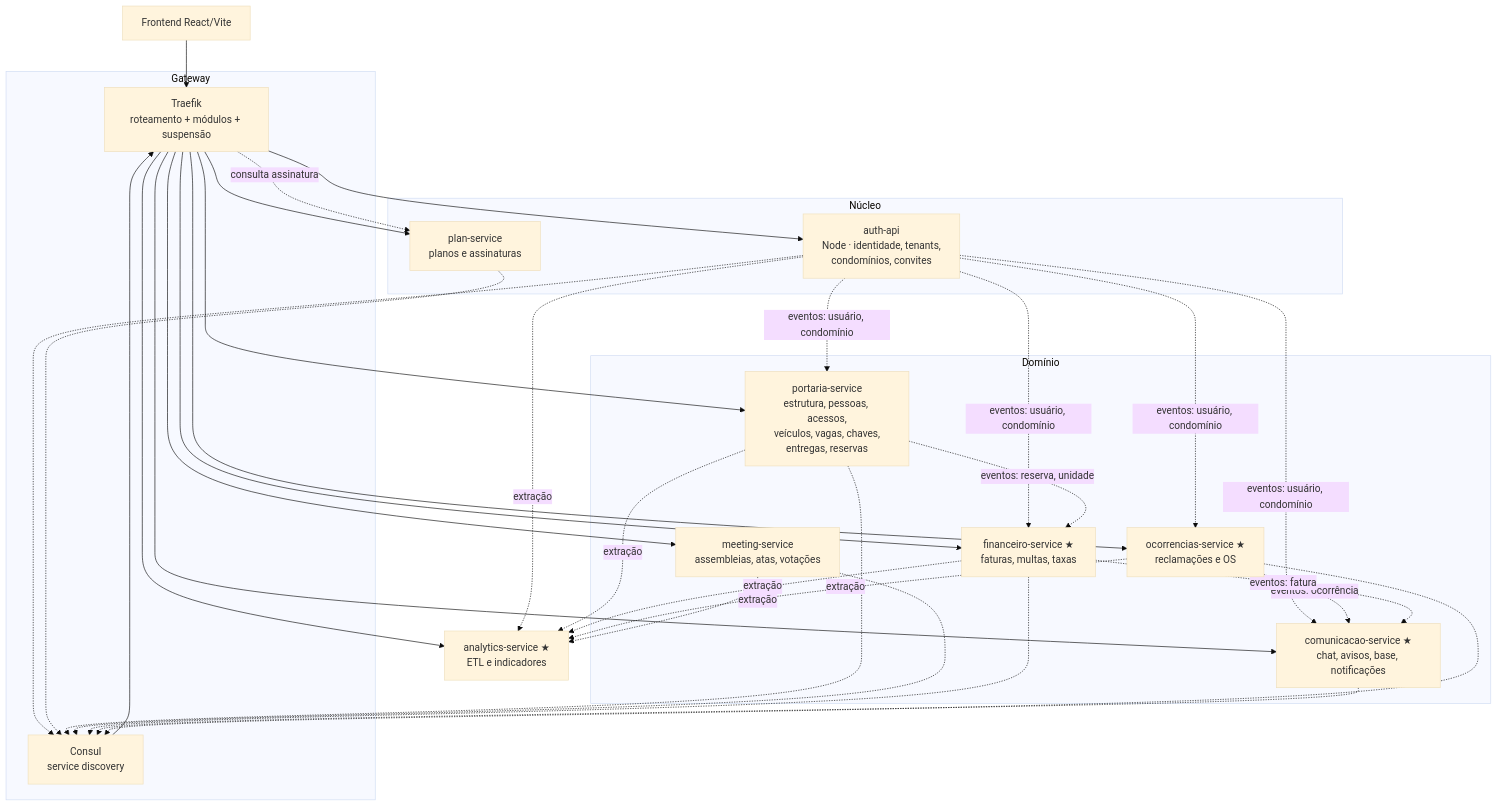
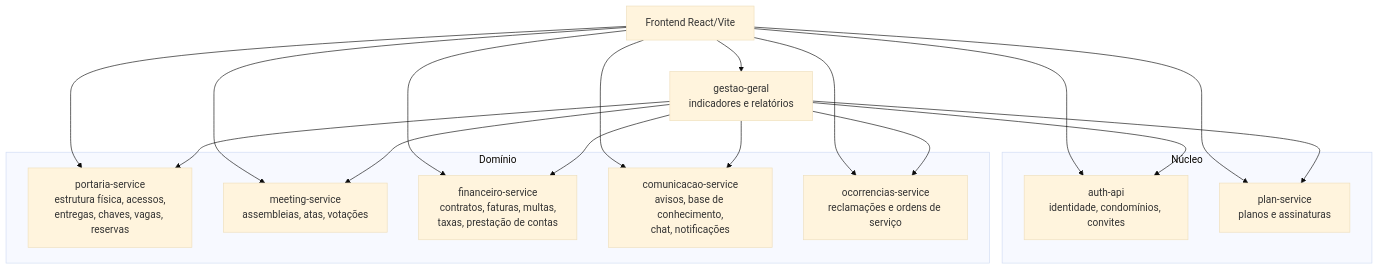
One commit to JuanServelo/Mora-Backend changed the fourth of 5 diagrams in docs/ESPECIFICACAO-PROJETO.md. Above: the diagram before and after it, drawn with Mermaid (base theme). The commit also changed other lines of this file and 15 other files, not shown here.

First line of the commit message:
docs: documentação por serviço, fluxos de usuário e adequação

````diff
--- a/docs/ESPECIFICACAO-PROJETO.md
+++ b/docs/ESPECIFICACAO-PROJETO.md
@@ -382,36 +307,22 @@
 ```mermaid
 graph TB
     FE["Frontend React/Vite"]
 
-    subgraph gw["Gateway"]
-        TR["Traefik<br/>roteamento + módulos + suspensão"]
-        CS["Consul<br/>service discovery"]
-    end
-
-    subgraph core["Núcleo"]
-        AUTH["auth-api<br/>Node · identidade, tenants,<br/>condomínios, convites"]
+    subgraph nucleo["Núcleo"]
+        AUTH["auth-api<br/>identidade, condomínios, convites"]
         PLAN["plan-service<br/>planos e assinaturas"]
     end
 
-    subgraph dom["Domínio"]
-        PORT["portaria-service<br/>estrutura, pessoas, acessos,<br/>veículos, vagas, chaves,<br/>entregas, reservas"]
+    subgraph dominio["Domínio"]
+        PORT["portaria-service<br/>estrutura física, acessos,<br/>entregas, chaves, vagas, reservas"]
         MEET["meeting-service<br/>assembleias, atas, votações"]
-        FIN["financeiro-service ★<br/>faturas, multas, taxas"]
-        COM["comunicacao-service ★<br/>chat, avisos, base, notificações"]
-        OCO["ocorrencias-service ★<br/>reclamações e OS"]
+        FIN["financeiro-service<br/>contratos, faturas, multas,<br/>taxas, prestação de contas"]
+        COM["comunicacao-service<br/>avisos, base de conhecimento,<br/>chat, notificações"]
+        OCO["ocorrencias-service<br/>reclamações e ordens de serviço"]
     end
 
-    ANA["analytics-service ★<br/>ETL e indicadores"]
+    GG["gestao-geral<br/>indicadores e relatórios"]
 
-    FE --> TR
-    TR --> AUTH & PLAN & PORT & MEET & FIN & COM & OCO & ANA
-    AUTH & PLAN & PORT & MEET & FIN & COM & OCO -.-> CS
-    CS --> TR
-    TR -.->|consulta assinatura| PLAN
-
-    AUTH -.->|"eventos: usuário, condomínio"| PORT & FIN & COM & OCO
-    PORT -.->|"eventos: reserva, unidade"| FIN
-    OCO -.->|"eventos: ocorrência"| COM
-    FIN -.->|"eventos: fatura"| COM
-    PORT & FIN & OCO & MEET & AUTH -.->|extração| ANA
+    FE --> AUTH & PLAN & PORT & MEET & FIN & COM & OCO & GG
+    GG --> AUTH & PLAN & PORT & MEET & FIN & COM & OCO
 ```
````
